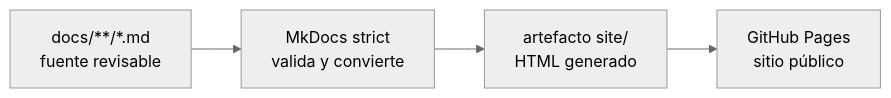
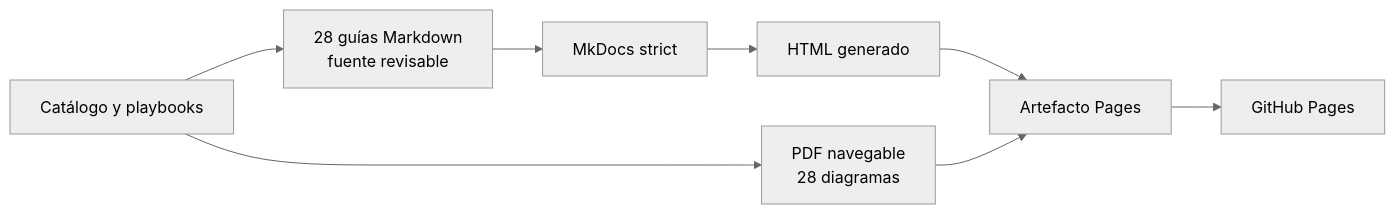
The second of 2 diagrams in docs/GITHUB_PAGES.md (vladimiracunadev-create/universal-payments-engineering-lab), drawn with Mermaid (neutral theme) before and after one commit. The commit also changed other lines of this file and 44 other files, not shown here.

Commit message:
docs: correlate Markdown Pages and navigable PDF

````diff
--- a/docs/GITHUB_PAGES.md
+++ b/docs/GITHUB_PAGES.md
@@ -37,6 +37,10 @@
 ```mermaid
 flowchart LR
-    M["docs/**/*.md<br/>fuente revisable"] --> K["MkDocs strict<br/>valida y convierte"]
-    K --> A["artefacto site/<br/>HTML generado"]
-    A --> P["GitHub Pages<br/>sitio público"]
+    C["Catálogo y playbooks"] --> M["28 guías Markdown<br/>fuente revisable"]
+    M --> K["MkDocs strict"]
+    K --> H["HTML generado"]
+    C --> D["PDF navegable<br/>28 diagramas"]
+    H --> A["Artefacto Pages"]
+    D --> A
+    A --> P["GitHub Pages"]
 ```
````
